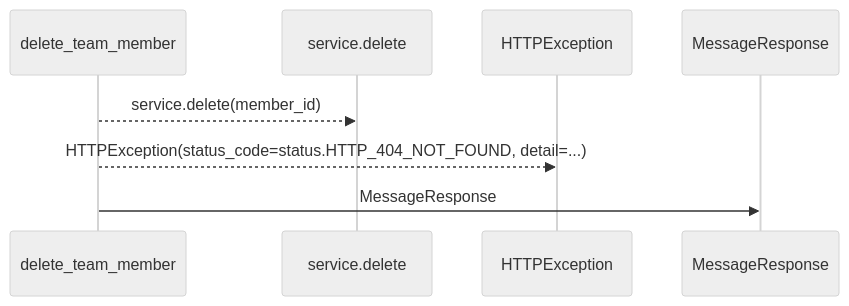
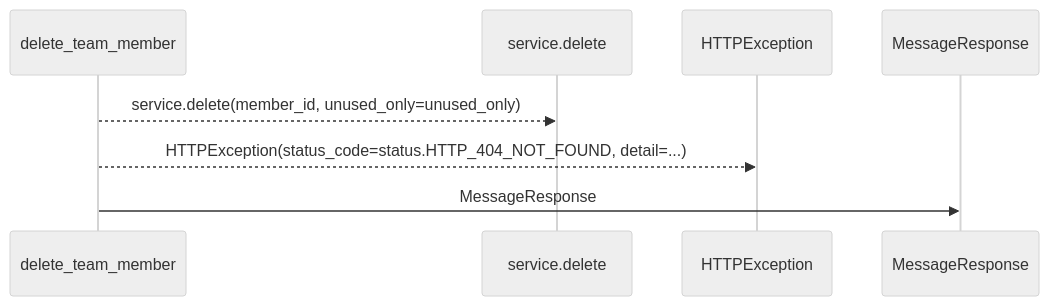
The first of 2 diagrams in docs/llm_wiki/flows/http-delete_team_member.md (Denissvgn/WorkChord), drawn with Mermaid (neutral theme) before and after one commit. The commit also changed other lines of this file and 636 other files, not shown here.

````diff
--- a/docs/llm_wiki/flows/http-delete_team_member.md
+++ b/docs/llm_wiki/flows/http-delete_team_member.md
@@ -12,10 +12,10 @@
 ```mermaid
 sequenceDiagram
     participant p0 as delete_team_member
     participant p1 as service.delete
     participant p2 as HTTPException
     participant p3 as MessageResponse
-    p0-->>p1: service.delete(member_id)
+    p0-->>p1: service.delete(member_id, unused_only=unused_only)
     p0-->>p2: HTTPException(status_code=status.HTTP_404_NOT_FOUND, detail=...)
     p0->>p3: MessageResponse
 ```
````
